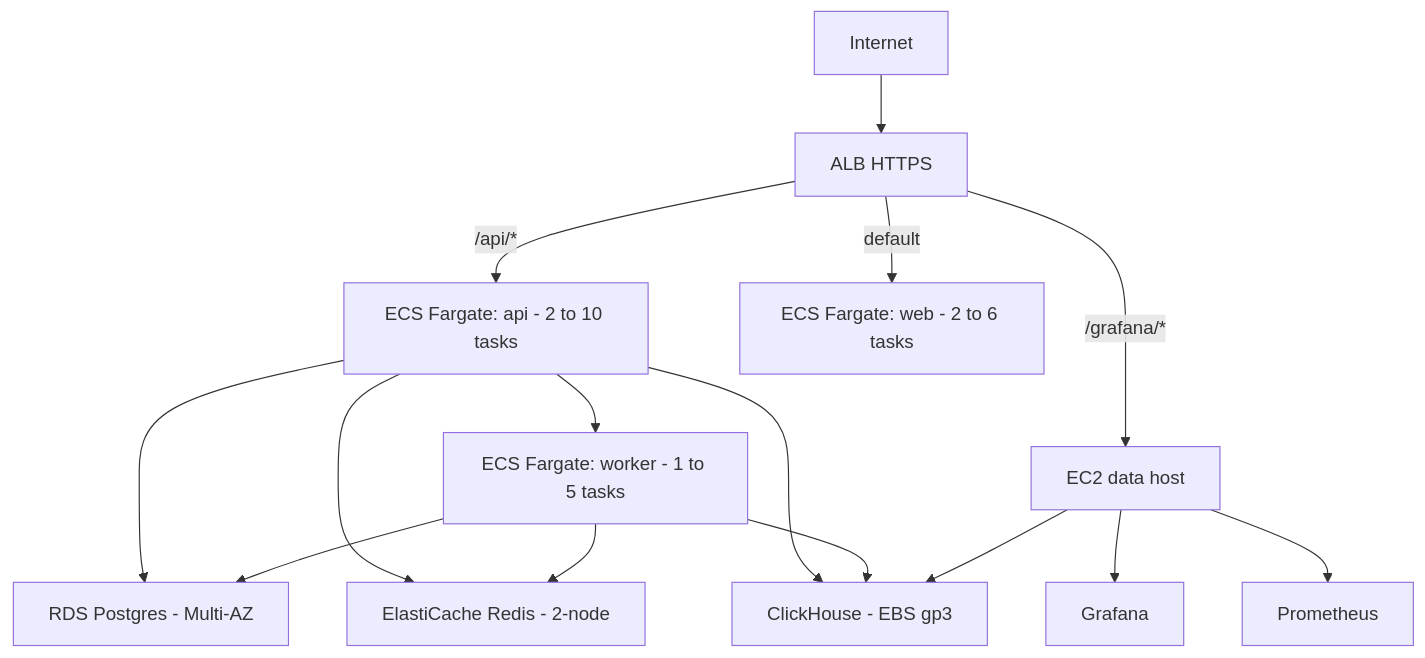
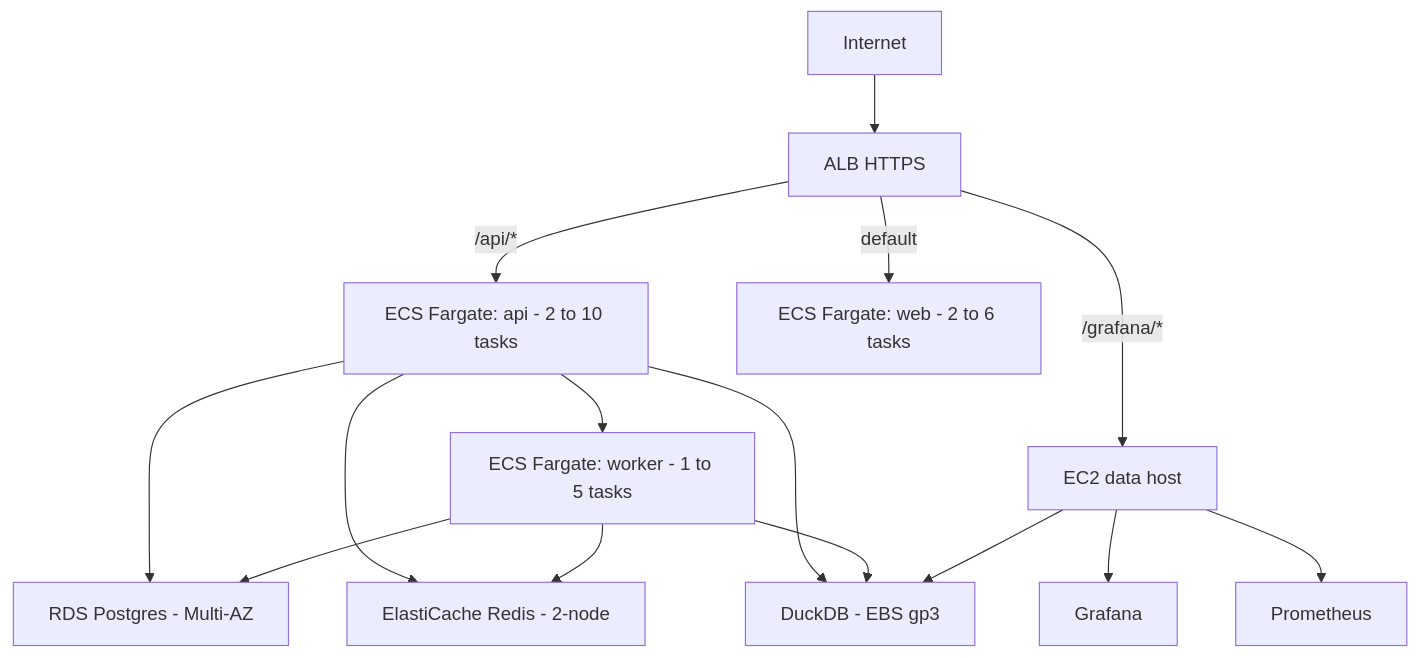
One commit to Observal/Observal changed the first of 2 diagrams in docs/self-hosting/production-deploy.md. Above: the diagram before and after it, drawn with Mermaid. The commit also changed other lines of this file and 315 other files, not shown here.

First line of the commit message:
feat(analytics)!: replace ClickHouse with DuckDB

````diff
--- a/docs/self-hosting/production-deploy.md
+++ b/docs/self-hosting/production-deploy.md
@@ -31,29 +31,29 @@
 ```mermaid
 flowchart TB
     internet[Internet]
     alb[ALB HTTPS]
     api["ECS Fargate: api - 2 to 10 tasks"]
     web["ECS Fargate: web - 2 to 6 tasks"]
     worker["ECS Fargate: worker - 1 to 5 tasks"]
     data[EC2 data host]
     pg["RDS Postgres - Multi-AZ"]
     redis["ElastiCache Redis - 2-node"]
-    ch["ClickHouse - EBS gp3"]
+    ch["DuckDB - EBS gp3"]
     grafana[Grafana]
     prometheus[Prometheus]
 
     internet --> alb
     alb -->|/api/*| api
     alb -->|default| web
     alb -->|/grafana/*| data
     api --> worker
     api --> pg
     api --> redis
     api --> ch
     worker --> pg
     worker --> redis
     worker --> ch
     data --> ch
     data --> grafana
     data --> prometheus
 ```
````
